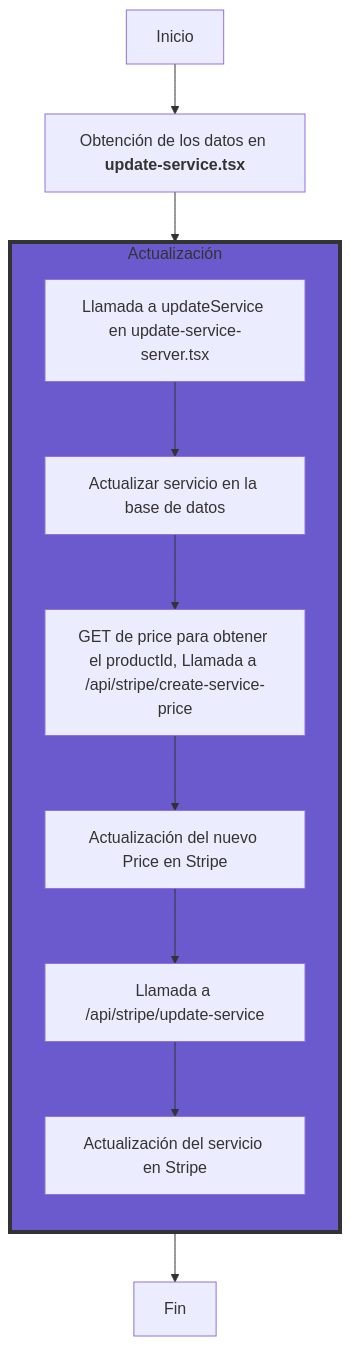
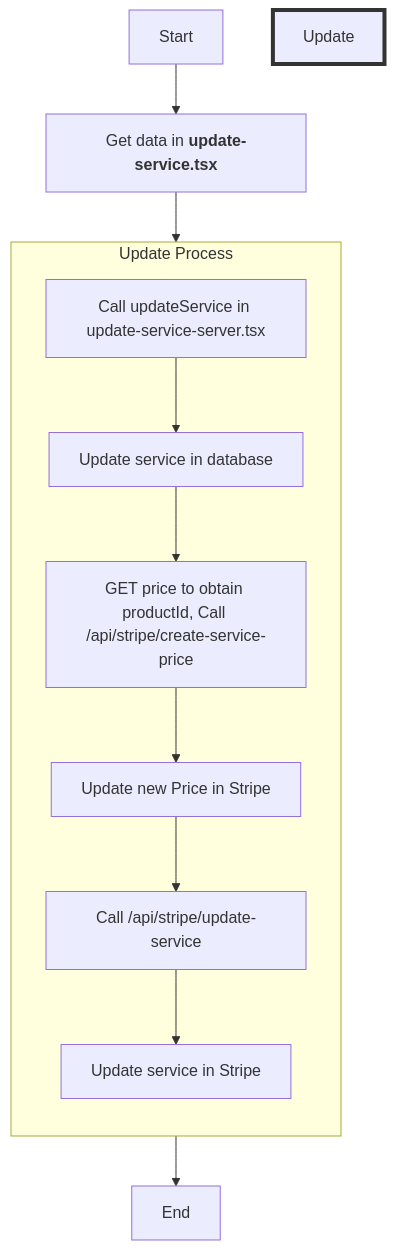
The third of 6 diagrams in README.md (SuuperSaees/SuuperSaees), drawn with Mermaid before and after one commit. The commit also changed other lines of this file and 8 other files, not shown here.

````diff
--- a/README.md
+++ b/README.md
@@ -36,15 +52,15 @@
 ```mermaid
 graph TD;
-    A[Inicio] --> B[Obtención de los datos en <strong>update-service.tsx</strong>]
-    B --> C[Llamada a updateService en update-service-server.tsx]
-    subgraph "Actualización"
+    A[Start] --> B[Get data in <strong>update-service.tsx</strong>]
+    B --> C[Call updateService in update-service-server.tsx]
+    subgraph "Update Process"
         direction TB
-        style Actualización fill:#6A5ACD,stroke:#333,stroke-width:4px
-        C -->D[Actualizar servicio en la base de datos]
-        D -->E[GET de price para obtener el productId, Llamada a /api/stripe/create-service-price]
-        E --> F[Actualización del nuevo Price en Stripe]
-        F --> G[Llamada a /api/stripe/update-service]
-        G --> H[Actualización del servicio en Stripe]
+        style Update Process fill:#87CEEB,stroke:#333,stroke-width:4px
+        C -->D[Update service in database]
+        D -->E[GET price to obtain productId, Call /api/stripe/create-service-price]
+        E --> F[Update new Price in Stripe]
+        F --> G[Call /api/stripe/update-service]
+        G --> H[Update service in Stripe]
     end
-    H --> I[Fin]
+    H --> I[End]
 ```
````
